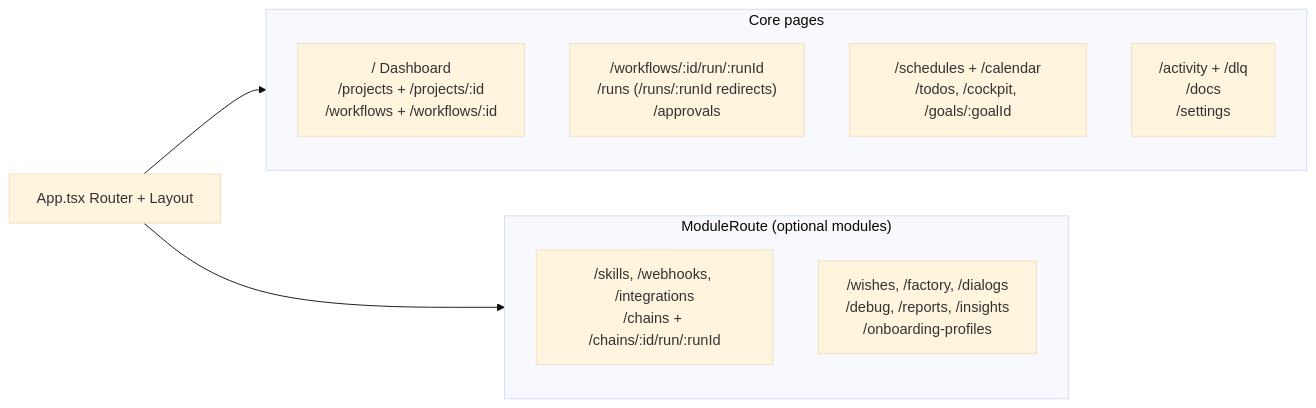
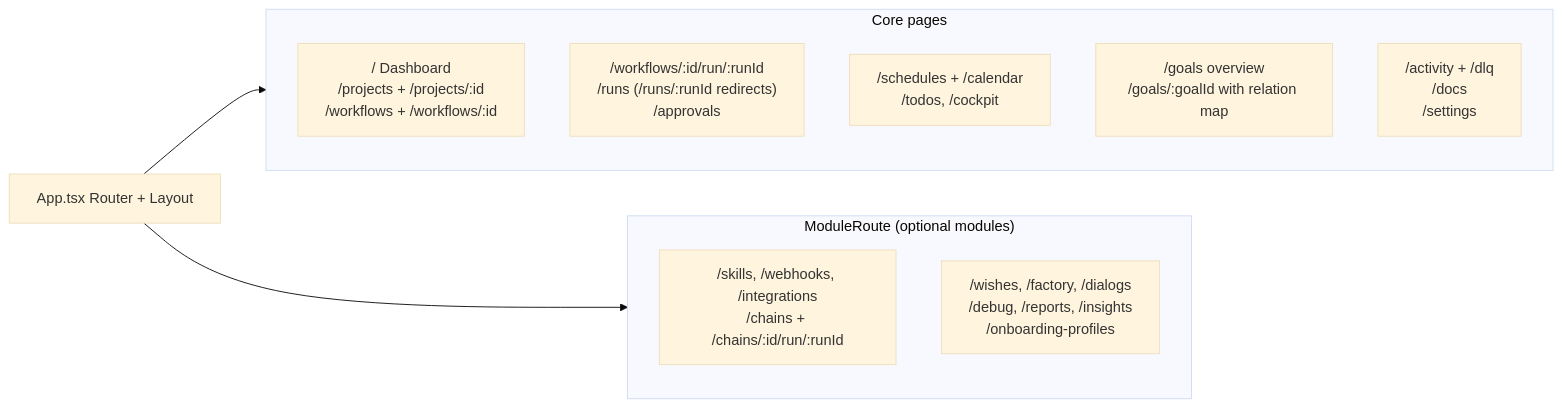
Before and after one commit to FLSEST/MySuricates: the first of 3 diagrams in docs/en/frontend-flow-diagrams.md, drawn with Mermaid (base theme). The commit also changed other lines of this file and 4 other files, not shown here.

First line of the commit message:
docs(diagramme): Frontend flow names /goals and /goals/:goalId including the Goals hooks

````diff
--- a/docs/en/frontend-flow-diagrams.md
+++ b/docs/en/frontend-flow-diagrams.md
@@ -11,15 +11,16 @@
 ```mermaid
 flowchart LR
     APP["App.tsx Router + Layout"] --> CORE
     APP --> MOD
     subgraph CORE["Core pages"]
         DASH["/ Dashboard<br/>/projects + /projects/:id<br/>/workflows + /workflows/:id"]
         RUN["/workflows/:id/run/:runId<br/>/runs (/runs/:runId redirects)<br/>/approvals"]
-        SCH["/schedules + /calendar<br/>/todos, /cockpit, /goals/:goalId"]
+        SCH["/schedules + /calendar<br/>/todos, /cockpit"]
+        GOAL["/goals overview<br/>/goals/:goalId with relation map"]
         ACT["/activity + /dlq<br/>/docs<br/>/settings"]
     end
     subgraph MOD["ModuleRoute (optional modules)"]
         SK["/skills, /webhooks, /integrations<br/>/chains + /chains/:id/run/:runId"]
         MORE["/wishes, /factory, /dialogs<br/>/debug, /reports, /insights<br/>/onboarding-profiles"]
     end
 ```
````
